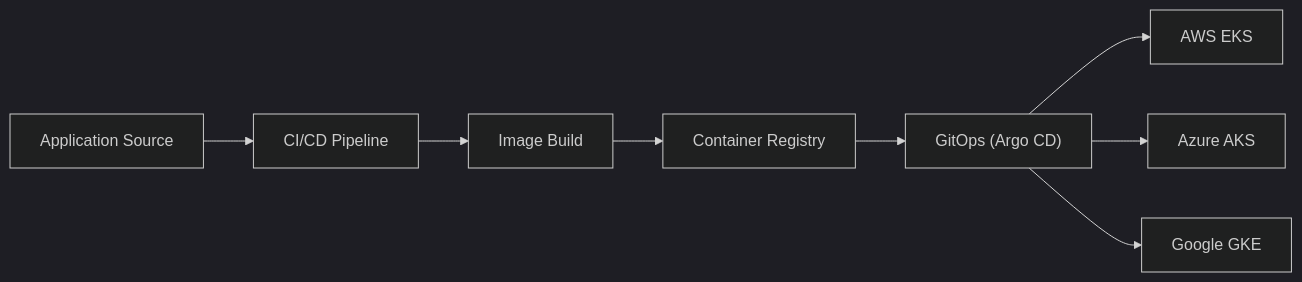
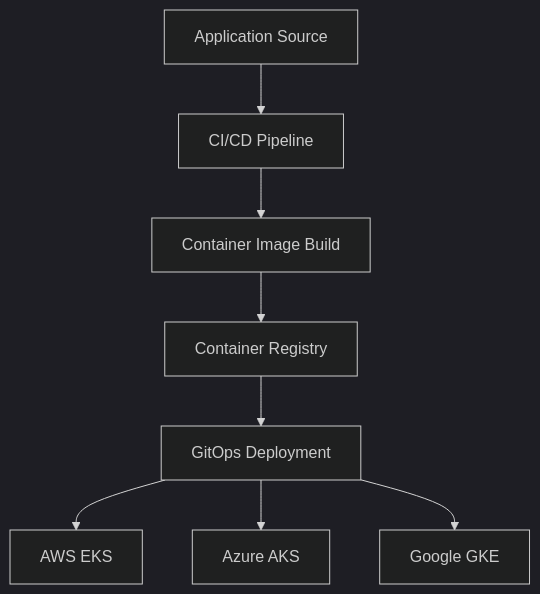
One commit to manesaurabh1704-devops/manesaurabh1704-devops changed the first of 8 diagrams in README.md. Above: the diagram before and after it, drawn with Mermaid (dark theme). The commit also changed other lines of this file, not shown here.

````diff
--- a/README.md
+++ b/README.md
@@ -170,7 +273,10 @@
 ```mermaid
-flowchart LR
-    A["Application Source"] --> B["CI/CD Pipeline"] --> C["Image Build"] --> D["Container Registry"] --> E["GitOps (Argo CD)"]
+flowchart TD
+    A["Application Source"] --> B["CI/CD Pipeline"]
+    B --> C["Container Image Build"]
+    C --> D["Container Registry"]
+    D --> E["GitOps Deployment"]
     E --> F["AWS EKS"]
     E --> G["Azure AKS"]
     E --> H["Google GKE"]
 ```
````
